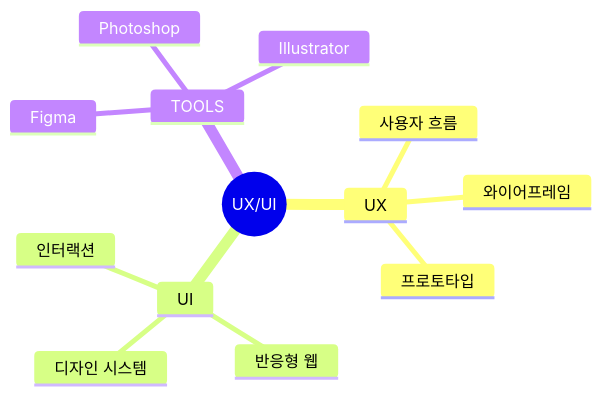
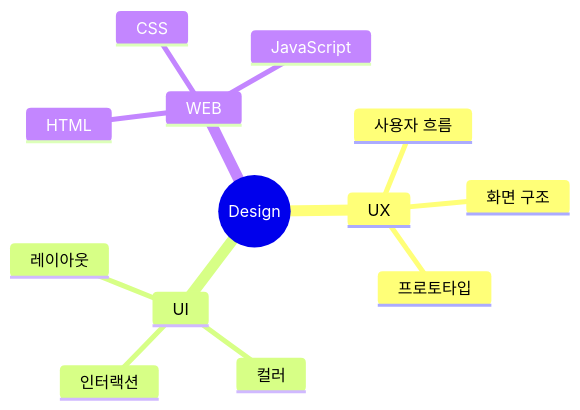
Before and after one commit to uiux0718/uiux0718: the second of 2 diagrams in README.md, drawn with Mermaid. The commit also changed other lines of this file, not shown here.

````diff
--- a/README.md
+++ b/README.md
@@ -72,19 +52,19 @@
 ```mermaid
 mindmap
-  root((UX/UI))
+  root((Design))
 
     UX
       사용자 흐름
-      와이어프레임
+      화면 구조
       프로토타입
 
     UI
+      레이아웃
+      컬러
       인터랙션
-      반응형 웹
-      디자인 시스템
 
-    TOOLS
-      Figma
-      Photoshop
-      Illustrator
+    WEB
+      HTML
+      CSS
+      JavaScript
 ```
````
